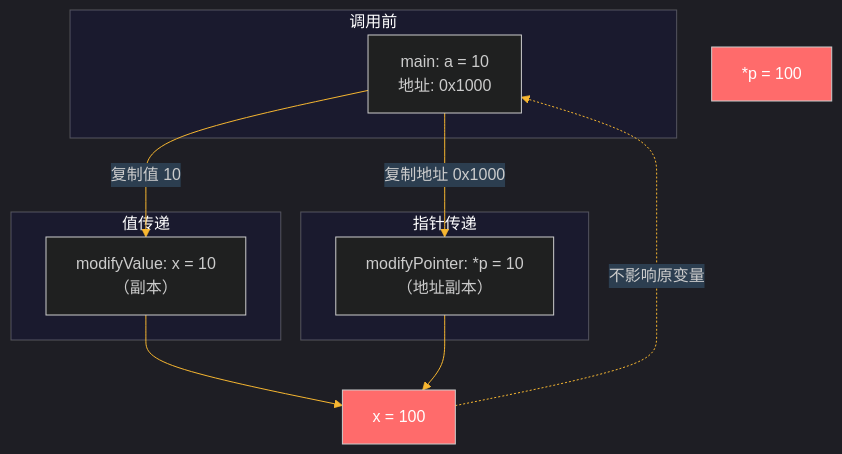
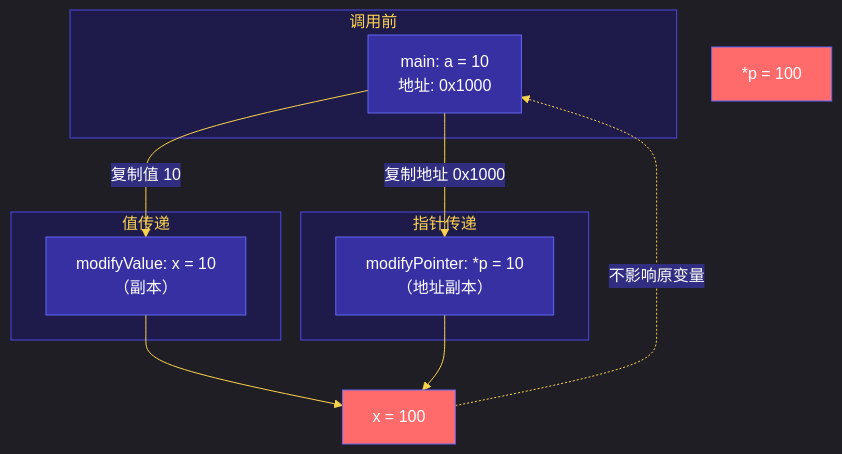
Before and after one commit to dd-xiaozhi/study-notes: the second of 7 diagrams in 其他语言/go/07_pointers.md, drawn with Mermaid. The commit also changed other lines of this file and 84 other files, not shown here.

````diff
--- a/其他语言/go/07_pointers.md
+++ b/其他语言/go/07_pointers.md
@@ -512,27 +377,21 @@
 ```mermaid
-%%{init: {'theme': 'dark', 'themeVariables': {'primaryColor': '#4ECDC4', 'primaryTextColor': '#fff', 'primaryBorderColor': '#4ECDC4', 'lineColor': '#F7B731', 'clusterBkg': '#1a1a2e', 'titleColor': '#fff', 'edgeLabelBackground': '#2C3E50'}}}%%
+%%{init: {'theme': 'dark', 'themeVariables': {'primaryColor': '#6366F1', 'primaryTextColor': '#FFFFFF', 'primaryBorderColor': '#6366F1', 'lineColor': '#FCD34D', 'clusterBkg': '#1E1B4B', 'clusterBorder': '#4F46E5', 'titleColor': '#FCD34D', 'edgeLabelBackground': '#312E81', 'nodeBkg': '#312E81', 'nodeBorder': '#6366F1', 'mainBkg': '#3730A3', 'textColor': '#FFFFFF', 'signalColor': '#10B981', 'signalTextColor': '#FFFFFF'}}}%%
 graph TB
     subgraph 调用前
         A1["main: a = 10<br/>地址: 0x1000"]
     end
-
     subgraph 值传递
         A2["modifyValue: x = 10<br/>（副本）"]
     end
-
     subgraph 指针传递
         A3["modifyPointer: *p = 10<br/>（地址副本）"]
     end
-
     B1["x = 100"]:::modified
     B3["*p = 100"]:::modified
-
     A1 -->|"复制值 10"| A2
     A1 -->|"复制地址 0x1000"| A3
-
     A2 --> B1
     A3 --> B1
     B1 -.->|"不影响原变量"| A1
-
     classDef modified fill:#ff6b6b,color:#fff
 ```
````
